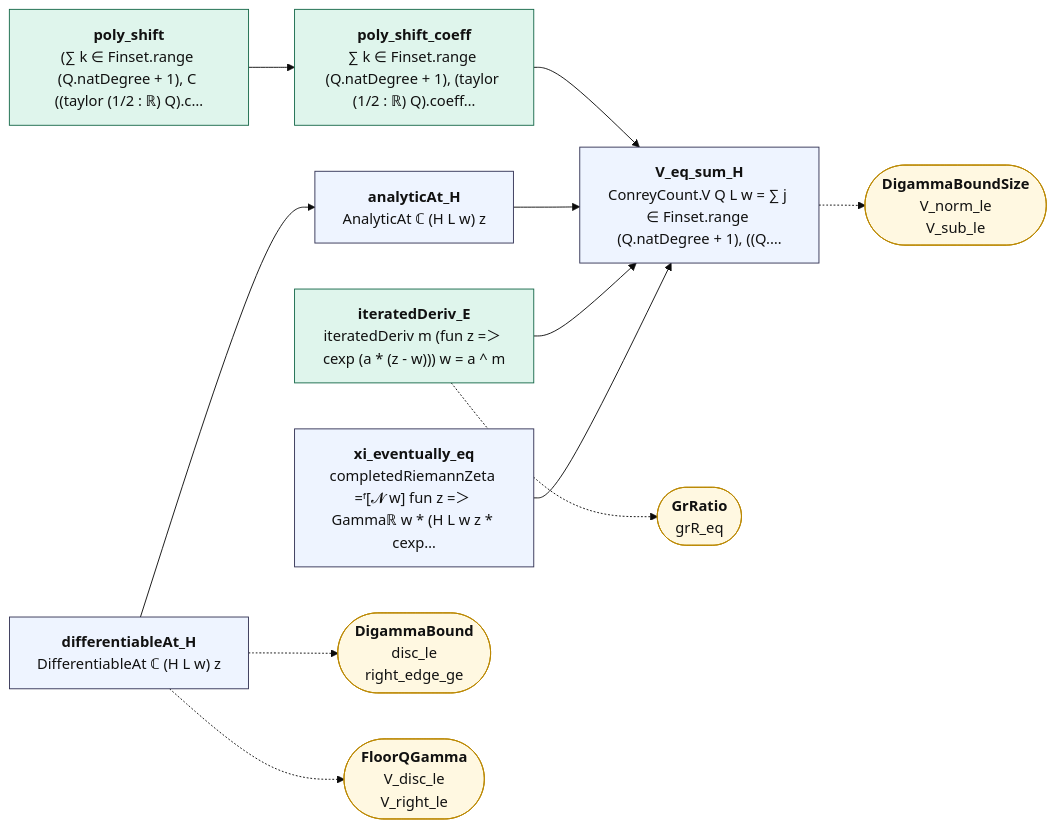
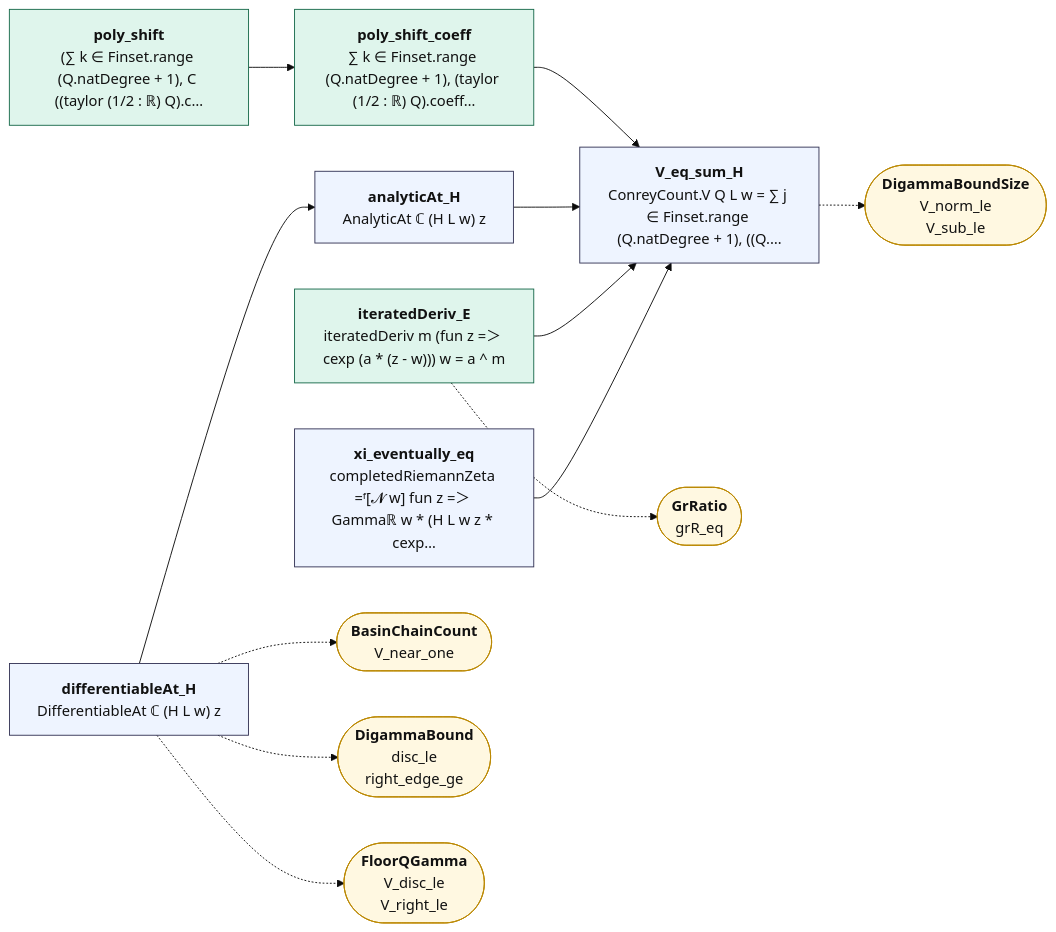
One commit to juliansambranojr/Primebeat_081426 changed the diagram in map/lean_stage3/DigammaBoundIdentity.md. Above: the diagram before and after it, drawn with Mermaid (base theme). The commit also changed other lines of this file and 60 other files, not shown here.

````diff
--- a/map/lean_stage3/DigammaBoundIdentity.md
+++ b/map/lean_stage3/DigammaBoundIdentity.md
@@ -14,32 +14,34 @@
 ```mermaid
 flowchart LR
   n0["<b>poly_shift</b><br/>(∑ k ∈ Finset.range (Q.natDegree + 1), C ((taylor (1/2 : ℝ) Q).c…"]:::cnt
   n1["<b>poly_shift_coeff</b><br/>∑ k ∈ Finset.range (Q.natDegree + 1), (taylor (1/2 : ℝ) Q).coeff…"]:::cnt
   n2["<b>differentiableAt_H</b><br/>DifferentiableAt ℂ (H L w) z"]:::thm
   n3["<b>analyticAt_H</b><br/>AnalyticAt ℂ (H L w) z"]:::thm
   n4["<b>iteratedDeriv_E</b><br/>iteratedDeriv m (fun z =＞ cexp (a * (z - w))) w = a ^ m"]:::cnt
   n5["<b>xi_eventually_eq</b><br/>completedRiemannZeta =ᶠ[𝓝 w] fun z =＞ Gammaℝ w * (H L w z * cexp…"]:::thm
   n6["<b>V_eq_sum_H</b><br/>ConreyCount.V Q L w = ∑ j ∈ Finset.range (Q.natDegree + 1), ((Q.…"]:::thm
-  x0(["<b>DigammaBound</b><br/>disc_le<br/>right_edge_ge"]):::ext
-  x1(["<b>FloorQGamma</b><br/>V_disc_le<br/>V_right_le"]):::ext
-  x2(["<b>GrRatio</b><br/>grR_eq"]):::ext
-  x3(["<b>DigammaBoundSize</b><br/>V_norm_le<br/>V_sub_le"]):::ext
+  x0(["<b>BasinChainCount</b><br/>V_near_one"]):::ext
+  x1(["<b>DigammaBound</b><br/>disc_le<br/>right_edge_ge"]):::ext
+  x2(["<b>FloorQGamma</b><br/>V_disc_le<br/>V_right_le"]):::ext
+  x3(["<b>GrRatio</b><br/>grR_eq"]):::ext
+  x4(["<b>DigammaBoundSize</b><br/>V_norm_le<br/>V_sub_le"]):::ext
   n0 --> n1
   n1 --> n6
   n2 --> n3
   n3 --> n6
   n4 --> n6
   n5 --> n6
   n2 -.-> x0
   n2 -.-> x1
-  n4 -.-> x2
-  n6 -.-> x3
+  n2 -.-> x2
+  n4 -.-> x3
+  n6 -.-> x4
   classDef cnt fill:#dff5ec,stroke:#17694a,color:#111
   classDef shp fill:#f1ecfb,stroke:#5b3fa0,color:#111
   classDef rh fill:#ffe5e5,stroke:#c22,color:#111,stroke-width:2px
   classDef thm fill:#eef4ff,stroke:#335,color:#111
   classDef end_ fill:#e7f7e7,stroke:#2a7,color:#111,stroke-width:2px
   classDef lone fill:#fff,stroke:#999,color:#111,stroke-dasharray:4 3
   classDef bad fill:#ffe5e5,stroke:#c22,color:#111,stroke-width:2px
   classDef ext fill:#fff8e1,stroke:#b80,color:#111
 ```
````
